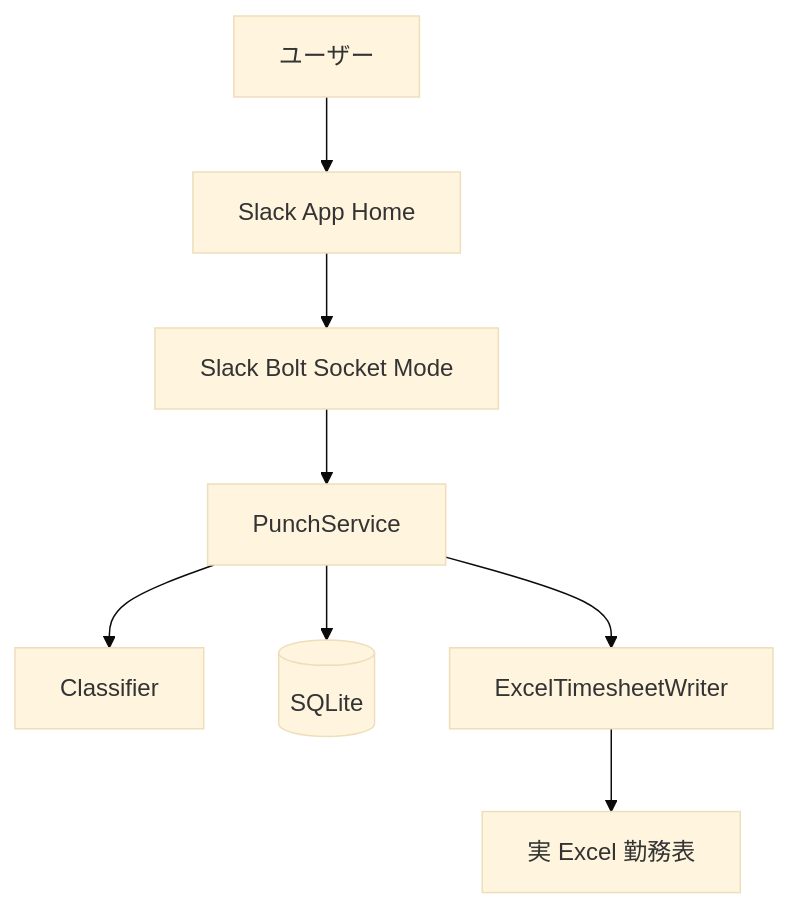
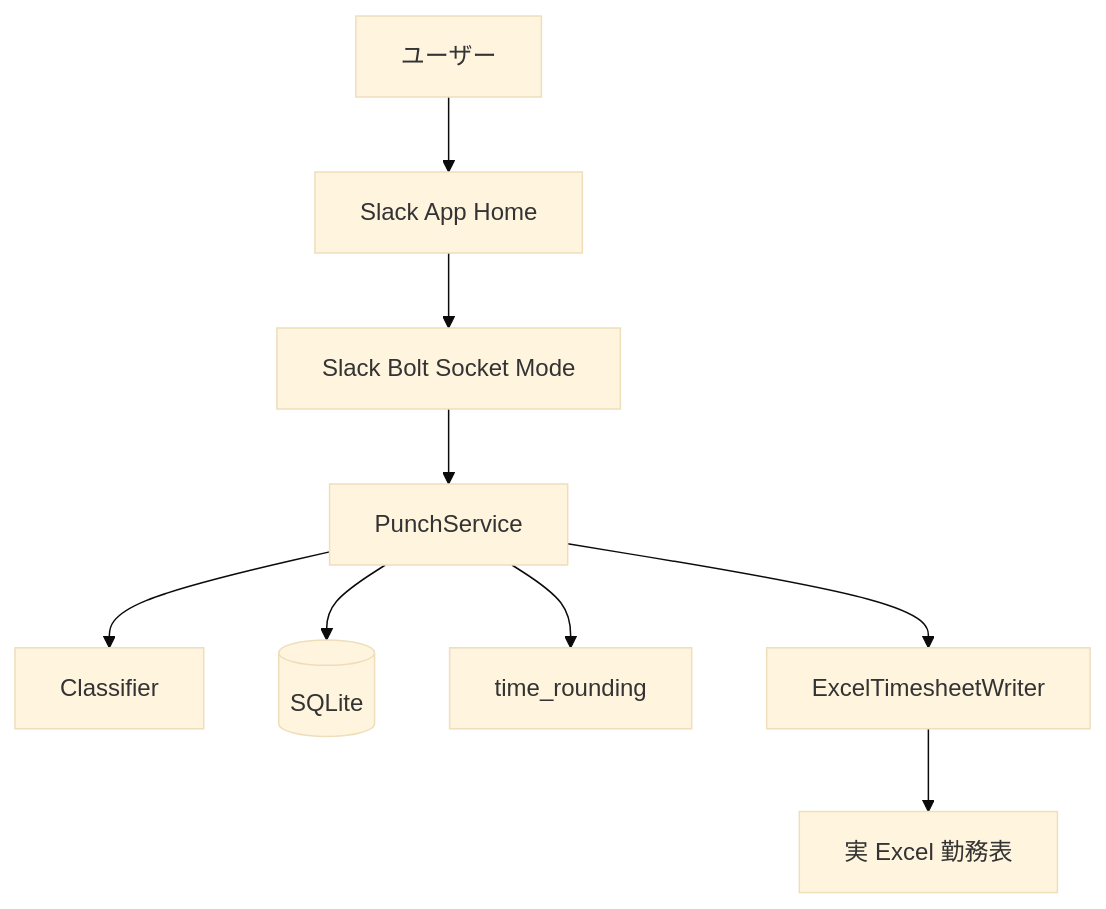
The diagram in .steering/20260621-real-excel-validation/design.md (Shintaro-Abe/TapInShift), drawn with Mermaid (base theme) before and after one commit. The commit also changed other lines of this file and 11 other files, not shown here.

````diff
--- a/.steering/20260621-real-excel-validation/design.md
+++ b/.steering/20260621-real-excel-validation/design.md
@@ -22,10 +22,11 @@
 ```mermaid
 flowchart TD
     U[ユーザー] --> SH[Slack App Home]
     SH --> B[Slack Bolt Socket Mode]
     B --> S[PunchService]
     S --> C[Classifier]
     S --> DB[(SQLite)]
+    S --> R[time_rounding]
     S --> W[ExcelTimesheetWriter]
     W --> X[実 Excel 勤務表]
 ```
````
